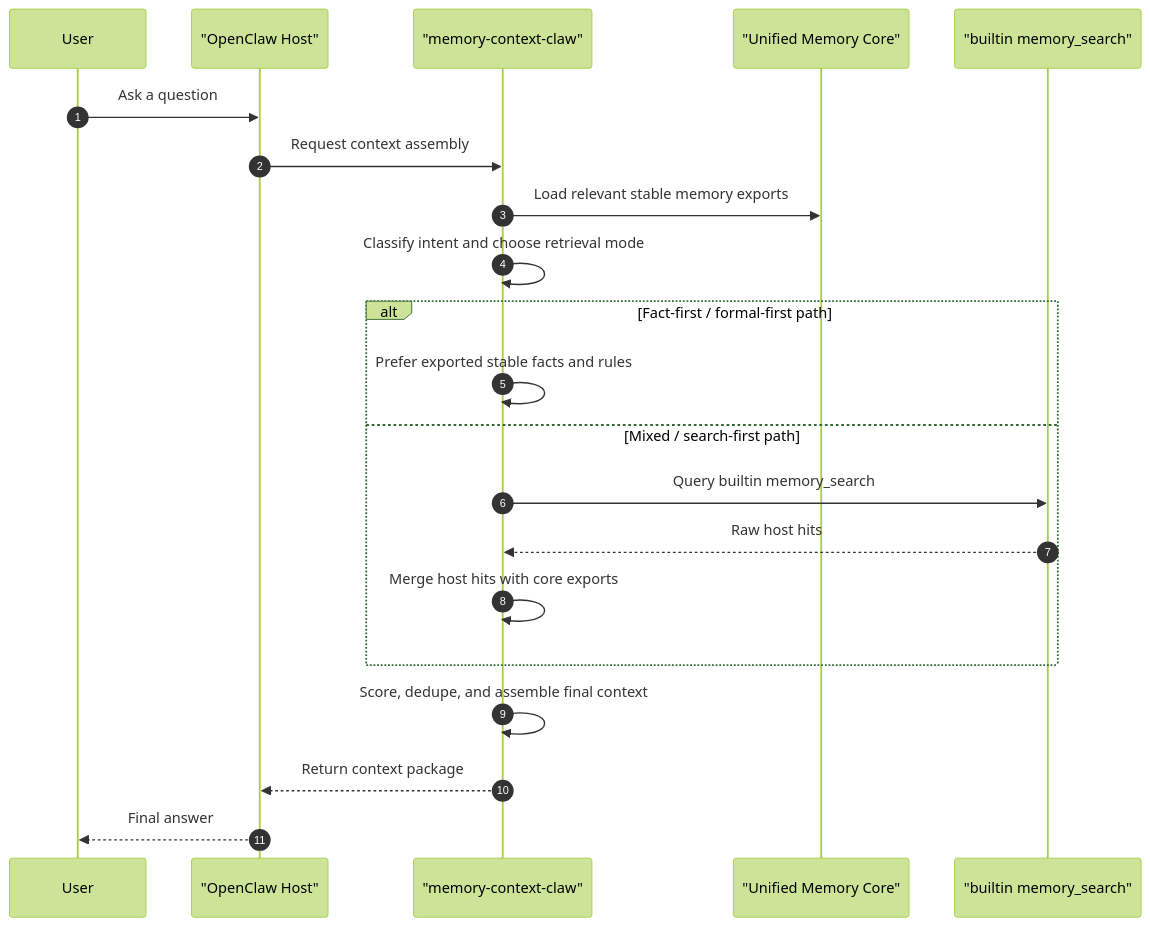
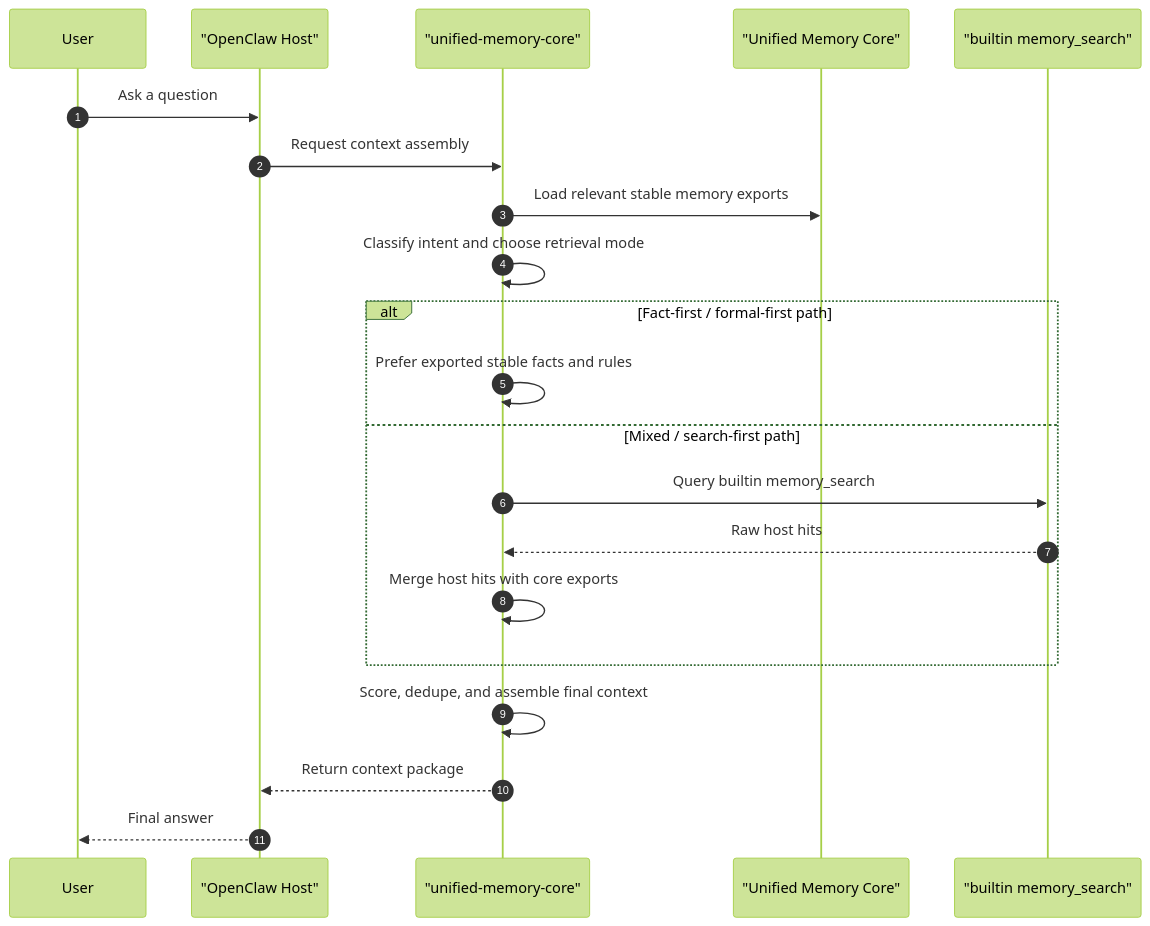
Before and after one commit to redcreen/memory-context-claw: the fourth of 12 diagrams in system-architecture.md, drawn with Mermaid (forest theme). The commit also changed other lines of this file and 54 other files, not shown here.

Commit message:
Rename product and adapter to Unified Memory Core

````diff
--- a/system-architecture.md
+++ b/system-architecture.md
@@ -220,26 +220,26 @@
 ```mermaid
 sequenceDiagram
     autonumber
     participant User
     participant Host as "OpenClaw Host"
-    participant Adapter as "memory-context-claw"
+    participant Adapter as "unified-memory-core"
     participant Core as "Unified Memory Core"
     participant Search as "builtin memory_search"
 
     User->>Host: Ask a question
     Host->>Adapter: Request context assembly
     Adapter->>Core: Load relevant stable memory exports
     Adapter->>Adapter: Classify intent and choose retrieval mode
 
     alt Fact-first / formal-first path
         Adapter->>Adapter: Prefer exported stable facts and rules
     else Mixed / search-first path
         Adapter->>Search: Query builtin memory_search
         Search-->>Adapter: Raw host hits
         Adapter->>Adapter: Merge host hits with core exports
     end
 
     Adapter->>Adapter: Score, dedupe, and assemble final context
     Adapter-->>Host: Return context package
     Host-->>User: Final answer
 ```
````
